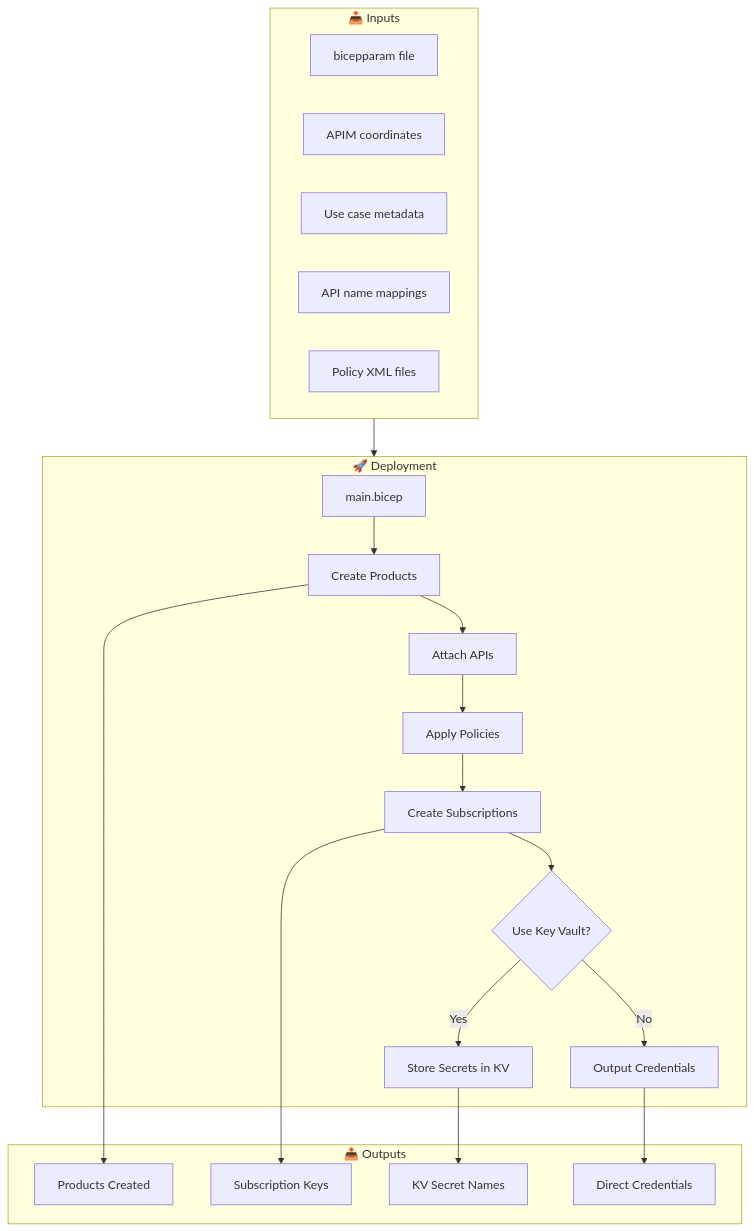
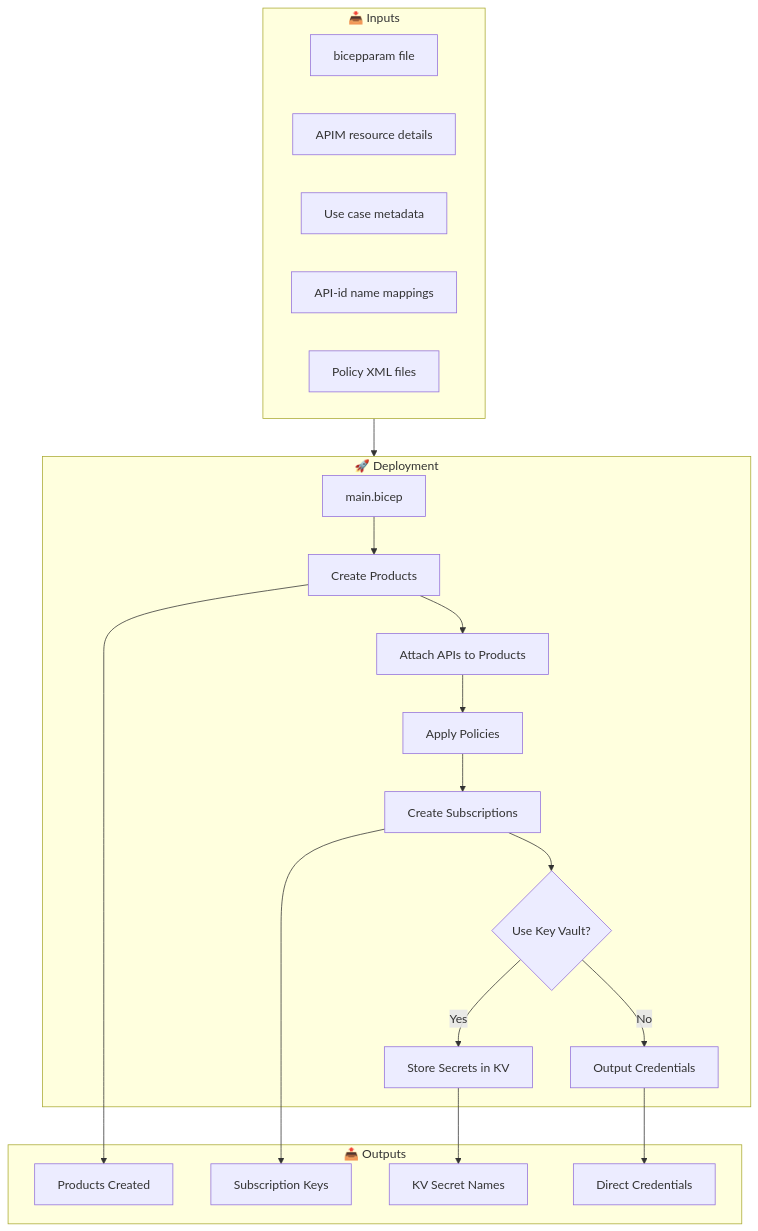
The first of 2 diagrams in bicep/infra/citadel-access-contracts/README.md (MSBrett/ai-hub-gateway-solution-accelerator), drawn with Mermaid before and after one commit. The commit also changed other lines of this file and 2 other files, not shown here.

````diff
--- a/bicep/infra/citadel-access-contracts/README.md
+++ b/bicep/infra/citadel-access-contracts/README.md
@@ -36,35 +50,35 @@
 ```mermaid
 flowchart TB
     subgraph Input["📥 Inputs"]
         P1[bicepparam file]
-        P2[APIM coordinates]
+        P2[APIM resource details]
         P3[Use case metadata]
-        P4[API name mappings]
+        P4[API-id name mappings]
         P5[Policy XML files]
     end
 
     subgraph Deploy["🚀 Deployment"]
         D1[main.bicep]
         D2[Create Products]
-        D3[Attach APIs]
+        D3[Attach APIs to Products]
         D4[Apply Policies]
         D5[Create Subscriptions]
         D6{Use Key Vault?}
         D7[Store Secrets in KV]
         D8[Output Credentials]
     end
 
     subgraph Output["📤 Outputs"]
         O1[Products Created]
         O2[Subscription Keys]
         O3[KV Secret Names]
         O4[Direct Credentials]
     end
 
     Input --> Deploy
     D1 --> D2 --> D3 --> D4 --> D5 --> D6
     D6 -->|Yes| D7 --> O3
     D6 -->|No| D8 --> O4
     D2 --> O1
     D5 --> O2
 ```
````
